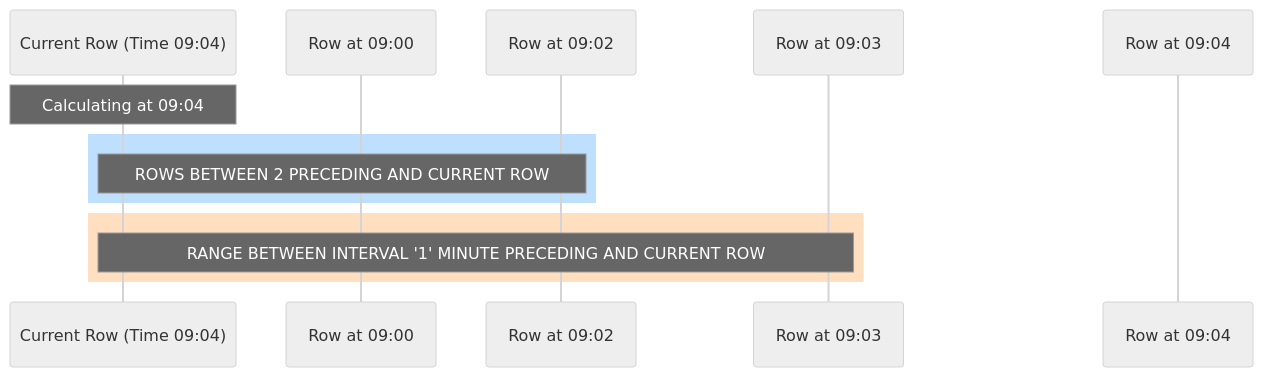
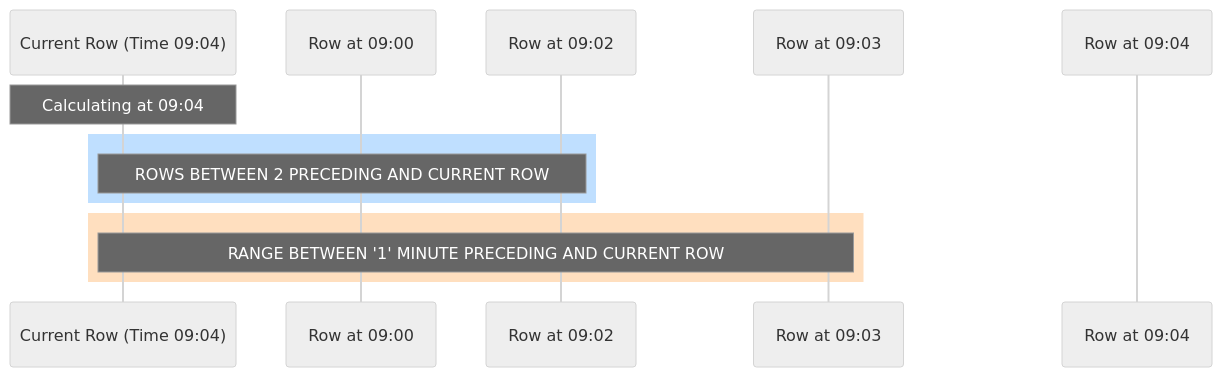
One commit to questdb/documentation changed the first of 3 diagrams in documentation/reference/function/window.md. Above: the diagram before and after it, drawn with Mermaid (neutral theme). The commit also changed other lines of this file, not shown here.

Commit message:
better RANGE example

````diff
--- a/documentation/reference/function/window.md
+++ b/documentation/reference/function/window.md
@@ -151,18 +151,18 @@
 ```mermaid
 sequenceDiagram
     participant CurrentRow as Current Row (Time 09:04)
     participant Row1 as Row at 09:00
     participant Row2 as Row at 09:02
     participant Row3 as Row at 09:03
     participant Row4 as Row at 09:04
 
     Note over CurrentRow: Calculating at 09:04
 
     rect rgb(191, 223, 255)
     Note over Row2,CurrentRow: ROWS BETWEEN 2 PRECEDING AND CURRENT ROW
     end
 
     rect rgb(255, 223, 191)
-    Note over Row3,CurrentRow: RANGE BETWEEN INTERVAL '1' MINUTE PRECEDING AND CURRENT ROW
+    Note over Row3,CurrentRow: RANGE BETWEEN '1' MINUTE PRECEDING AND CURRENT ROW
     end
 ```
````
